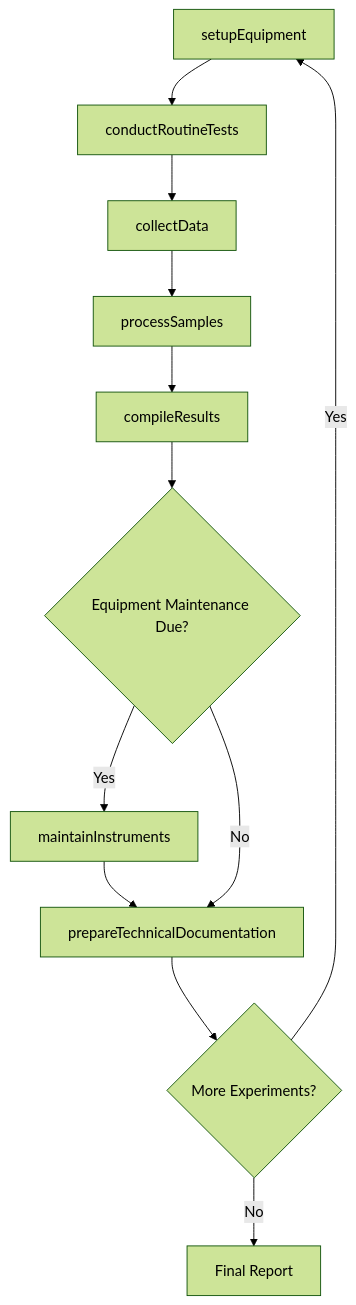
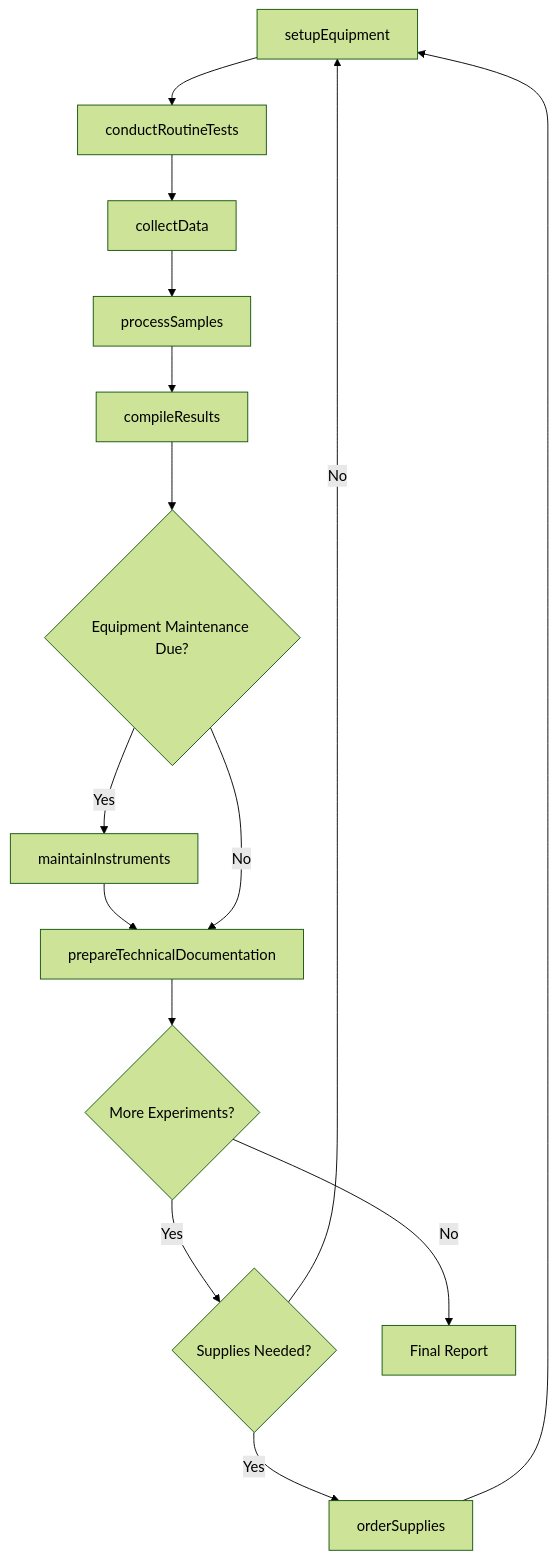
The third of 4 diagrams in CommunicatingWithSupervisorsPeersOrSubordinates/AssistScientistsScholarsOrTechnicalSpecialistsWithProjectsOrResearch/AssistEngineersScientistsResearch.mdx (dot-org-ai/tasks.org.ai), drawn with Mermaid (forest theme) before and after one commit. The commit also changed other lines of this file and 266 other files, not shown here.

First line of the commit message:
feat: Add ER diagrams, state diagrams to wave 2 batch (251 DWA files)

````diff
--- a/CommunicatingWithSupervisorsPeersOrSubordinates/AssistScientistsScholarsOrTechnicalSpecialistsWithProjectsOrResearch/AssistEngineersScientistsResearch.mdx
+++ b/CommunicatingWithSupervisorsPeersOrSubordinates/AssistScientistsScholarsOrTechnicalSpecialistsWithProjectsOrResearch/AssistEngineersScientistsResearch.mdx
@@ -89,14 +117,17 @@
 ```mermaid
 graph TD
     A[setupEquipment] --> B[conductRoutineTests]
     B --> C[collectData]
     C --> D[processSamples]
     D --> E[compileResults]
     E --> F{Equipment Maintenance Due?}
     F -->|Yes| G[maintainInstruments]
     G --> H[prepareTechnicalDocumentation]
     F -->|No| H
     H --> I{More Experiments?}
-    I -->|Yes| A
-    I -->|No| J[Final Report]
+    I -->|Yes| J{Supplies Needed?}
+    J -->|Yes| K[orderSupplies]
+    K --> A
+    J -->|No| A
+    I -->|No| L[Final Report]
 ```
````
